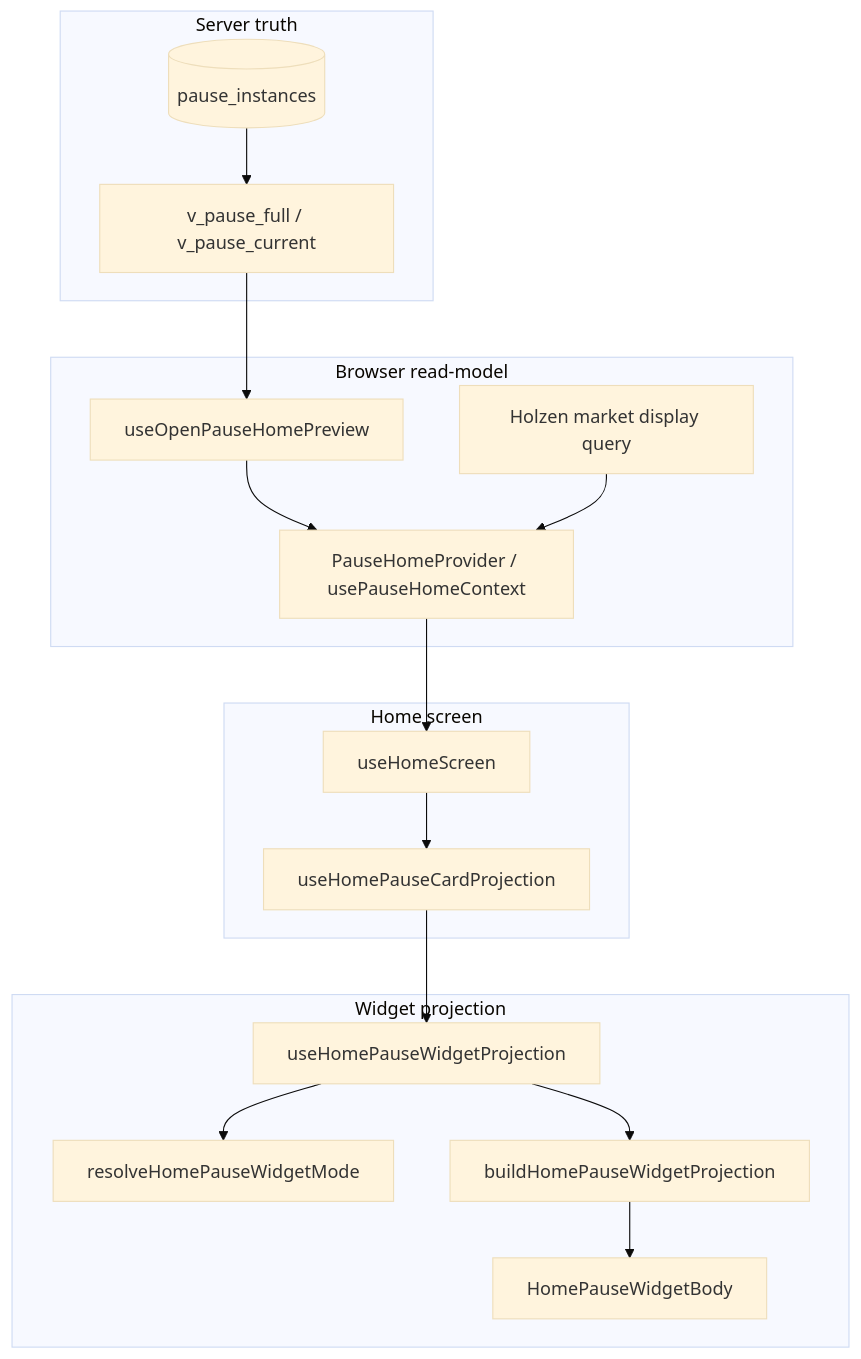
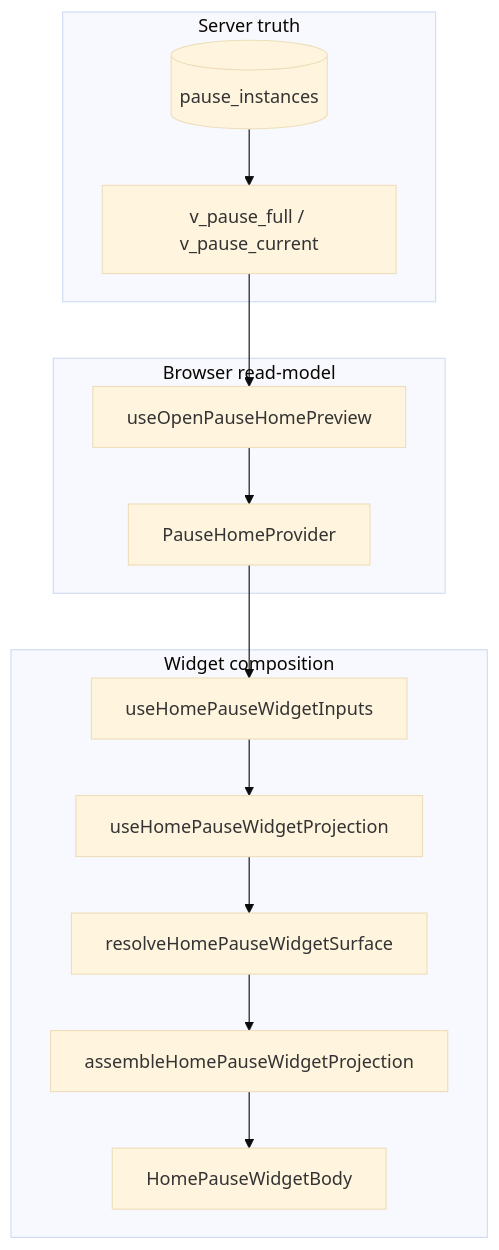
The diagram in docs/systems/home-pause-widget-client-architecture.md (Angelguirao/holzen), drawn with Mermaid (base theme) before and after one commit. The commit also changed other lines of this file and 25 other files, not shown here.

First line of the commit message:
refactor(pause): business widget surfaces and self-contained Home projection

````diff
--- a/docs/systems/home-pause-widget-client-architecture.md
+++ b/docs/systems/home-pause-widget-client-architecture.md
@@ -25,36 +25,23 @@
 ```mermaid
 flowchart TB
   subgraph server [Server truth]
     PG[(pause_instances)]
     VF[v_pause_full / v_pause_current]
   end
 
   subgraph read [Browser read-model]
     OPP[useOpenPauseHomePreview]
-    PHC[PauseHomeProvider / usePauseHomeContext]
-    MKT[Holzen market display query]
+    PHC[PauseHomeProvider]
   end
 
-  subgraph screen [Home screen]
-    HS[useHomeScreen]
-    HPC[useHomePauseCardProjection]
-  end
-
-  subgraph widget [Widget projection]
+  subgraph compose [Widget composition]
+    IN[useHomePauseWidgetInputs]
     PROJ[useHomePauseWidgetProjection]
-    RES[resolveHomePauseWidgetMode]
-    BUILD[buildHomePauseWidgetProjection]
+    RES[resolveHomePauseWidgetSurface]
+    ASM[assembleHomePauseWidgetProjection]
     BODY[HomePauseWidgetBody]
   end
 
-  PG --> VF
-  VF --> OPP
-  OPP --> PHC
-  MKT --> PHC
-  PHC --> HS
-  HS --> HPC
-  HPC --> PROJ
-  PROJ --> RES
-  PROJ --> BUILD
-  BUILD --> BODY
+  PG --> VF --> OPP --> PHC --> IN --> PROJ
+  PROJ --> RES --> ASM --> BODY
 ```
````
